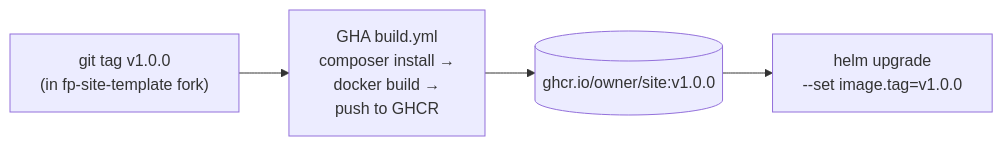
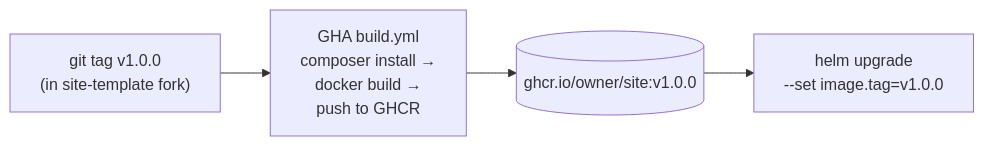
The third of 3 diagrams in architecture.mdx (EightOEight/docs), drawn with Mermaid before and after one commit. The commit also changed other lines of this file and 19 other files, not shown here.

````diff
--- a/architecture.mdx
+++ b/architecture.mdx
@@ -73,9 +73,9 @@
 ```mermaid
 flowchart LR
-    tag["git tag v1.0.0<br/>(in fp-site-template fork)"]
+    tag["git tag v1.0.0<br/>(in site-template fork)"]
     ci["GHA build.yml<br/>composer install →<br/>docker build →<br/>push to GHCR"]
     ghcr[("ghcr.io/owner/site:v1.0.0")]
     helm["helm upgrade<br/>--set image.tag=v1.0.0"]
 
     tag --> ci --> ghcr --> helm
 ```
````
